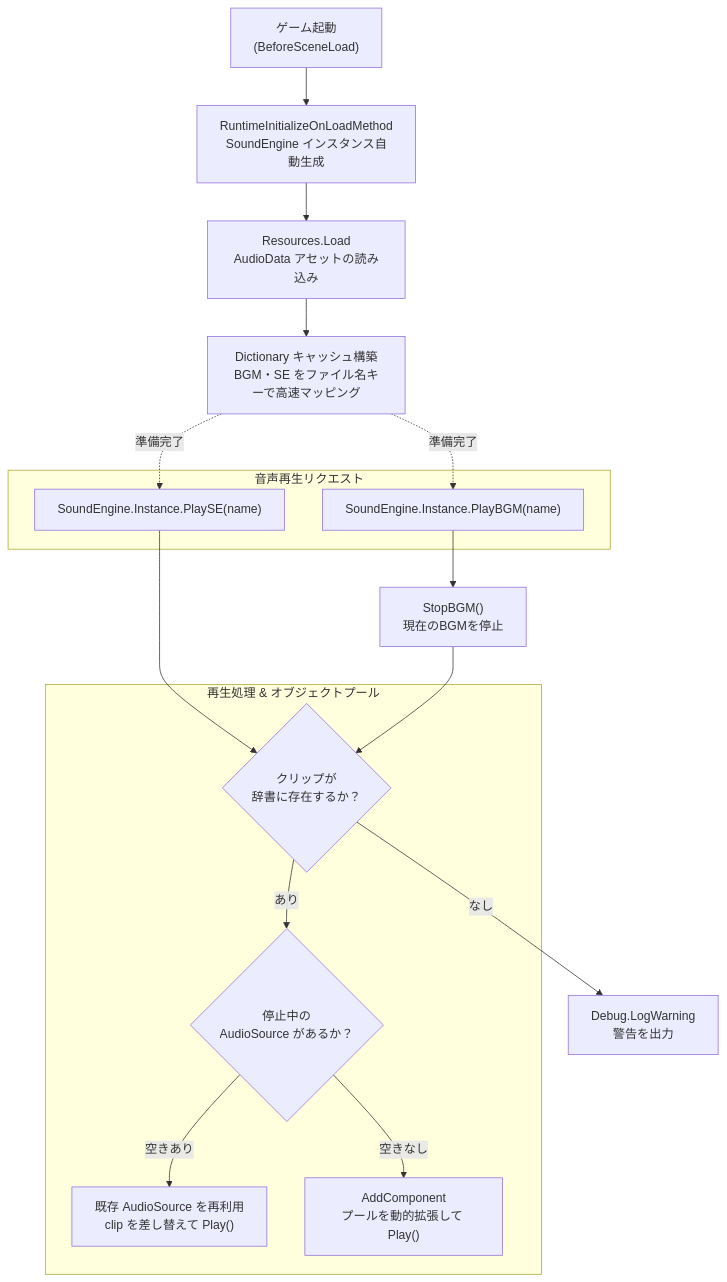
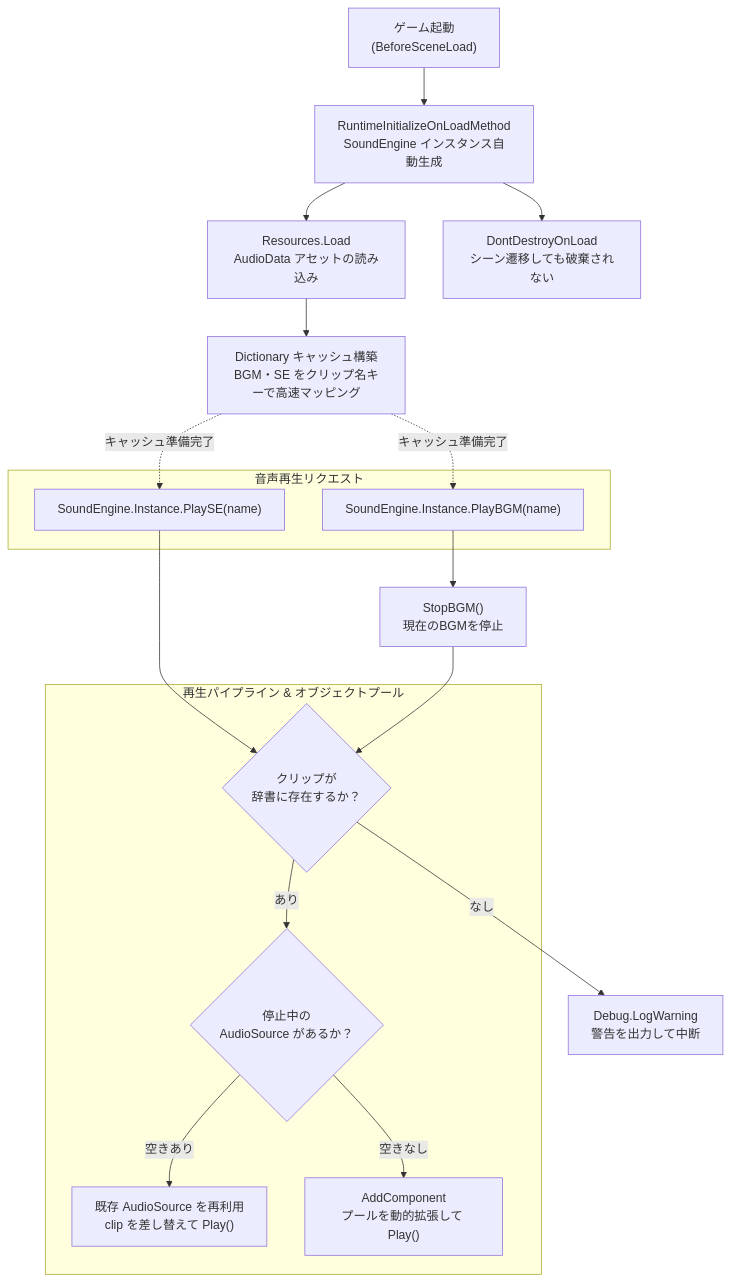
One commit to junya005/junya005.github.io changed the first of 6 diagrams in src/content/posts/tool-sound-engine.md. Above: the diagram before and after it, drawn with Mermaid. The commit also changed other lines of this file and 8 other files, not shown here.

````diff
--- a/src/content/posts/tool-sound-engine.md
+++ b/src/content/posts/tool-sound-engine.md
@@ -36,29 +70,30 @@
 ```mermaid
 graph TD
     AppStart["ゲーム起動<br/>(BeforeSceneLoad)"] --> AutoInit["RuntimeInitializeOnLoadMethod<br/>SoundEngine インスタンス自動生成"]
     AutoInit --> LoadData["Resources.Load<SOAudioData><br/>AudioData アセットの読み込み"]
-    LoadData --> BuildCache["Dictionary キャッシュ構築<br/>BGM・SE をファイル名キーで高速マッピング"]
+    AutoInit --> MarkDontDestroy["DontDestroyOnLoad<br/>シーン遷移しても破棄されない"]
+    LoadData --> BuildCache["Dictionary キャッシュ構築<br/>BGM・SE をクリップ名キーで高速マッピング"]
 
     subgraph Audio_Request["音声再生リクエスト"]
         CallSE["SoundEngine.Instance.PlaySE(name)"]
         CallBGM["SoundEngine.Instance.PlayBGM(name)"]
     end
 
-    BuildCache -. "準備完了" .-> CallSE
-    BuildCache -. "準備完了" .-> CallBGM
+    BuildCache -. "キャッシュ準備完了" .-> CallSE
+    BuildCache -. "キャッシュ準備完了" .-> CallBGM
 
-    subgraph Play_Pipeline["再生処理 & オブジェクトプール"]
+    subgraph Play_Pipeline["再生パイプライン & オブジェクトプール"]
         FindClip{"クリップが<br/>辞書に存在するか？"}
         FindSource{"停止中の<br/>AudioSource があるか？"}
         ReuseSource["既存 AudioSource を再利用<br/>clip を差し替えて Play()"]
         AddSource["AddComponent<AudioSource><br/>プールを動的拡張して Play()"]
     end
 
     CallSE --> FindClip
     CallBGM --> StopOldBGM["StopBGM()<br/>現在のBGMを停止"] --> FindClip
 
-    FindClip -- "なし" --> WarnLog["Debug.LogWarning<br/>警告を出力"]
+    FindClip -- "なし" --> WarnLog["Debug.LogWarning<br/>警告を出力して中断"]
     FindClip -- "あり" --> FindSource
     FindSource -- "空きあり" --> ReuseSource
     FindSource -- "空きなし" --> AddSource
 ```
````
